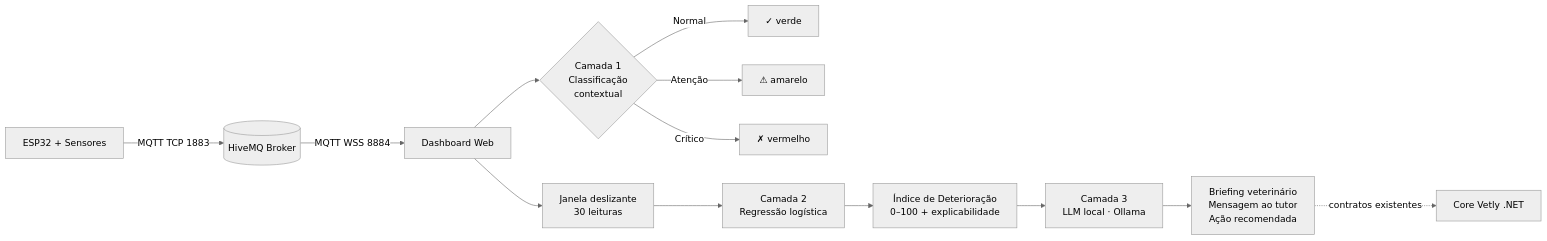
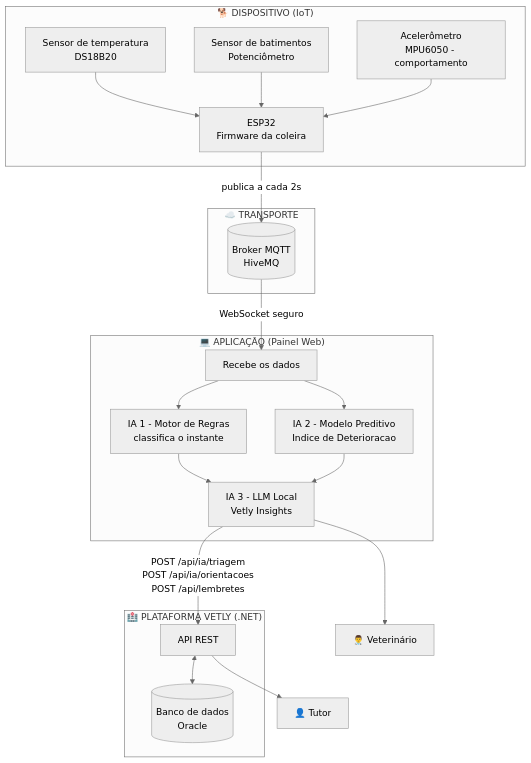
One commit to challenge-vetly/vetly-iot changed the first of 2 diagrams in README.md. Above: the diagram before and after it, drawn with Mermaid (neutral theme). The commit also changed other lines of this file and 1 other file, not shown here.

````diff
--- a/README.md
+++ b/README.md
@@ -50,17 +73,42 @@
 ```mermaid
-flowchart LR
-    A[ESP32 + Sensores] -->|MQTT TCP 1883| B[(HiveMQ Broker)]
-    B -->|MQTT WSS 8884| C[Dashboard Web]
+flowchart TB
+    subgraph DISPOSITIVO["🐕 DISPOSITIVO (IoT)"]
+        S1[Sensor de temperatura<br/>DS18B20]
+        S2[Sensor de batimentos<br/>Potenciômetro]
+        S3[Acelerômetro<br/>MPU6050 - comportamento]
+        ESP[ESP32<br/>Firmware da coleira]
+        S1 --> ESP
+        S2 --> ESP
+        S3 --> ESP
+    end
 
-    C --> D{Camada 1<br/>Classificação<br/>contextual}
-    D -->|Normal| E[✓ verde]
-    D -->|Atenção| F[⚠ amarelo]
-    D -->|Crítico| G[✗ vermelho]
+    subgraph NUVEM["☁️ TRANSPORTE"]
+        MQTT[(Broker MQTT<br/>HiveMQ)]
+    end
 
-    C --> H[Janela deslizante<br/>30 leituras]
-    H --> I[Camada 2<br/>Regressão logística]
-    I --> J[Índice de Deterioração<br/>0–100 + explicabilidade]
-    J --> K[Camada 3<br/>LLM local · Ollama]
-    K --> L[Briefing veterinário<br/>Mensagem ao tutor<br/>Ação recomendada]
-    L -.->|contratos existentes| M[Core Vetly .NET]
+    subgraph APP["💻 APLICAÇÃO (Painel Web)"]
+        REC[Recebe os dados]
+        IA1[IA 1 - Motor de Regras<br/>classifica o instante]
+        IA2[IA 2 - Modelo Preditivo<br/>Indice de Deterioracao]
+        IA3[IA 3 - LLM Local<br/>Vetly Insights]
+        REC --> IA1
+        REC --> IA2
+        IA1 --> IA3
+        IA2 --> IA3
+    end
+
+    subgraph BACKEND["🏥 PLATAFORMA VETLY (.NET)"]
+        API[API REST]
+        DB[(Banco de dados<br/>Oracle)]
+        API <--> DB
+    end
+
+    ESP -->|publica a cada 2s| MQTT
+    MQTT -->|WebSocket seguro| REC
+    IA3 -->|POST /api/ia/triagem<br/>POST /api/ia/orientacoes<br/>POST /api/lembretes| API
+
+    VET[👨‍⚕️ Veterinário]
+    TUT[👤 Tutor]
+    IA3 --> VET
+    API --> TUT
 ```
````
